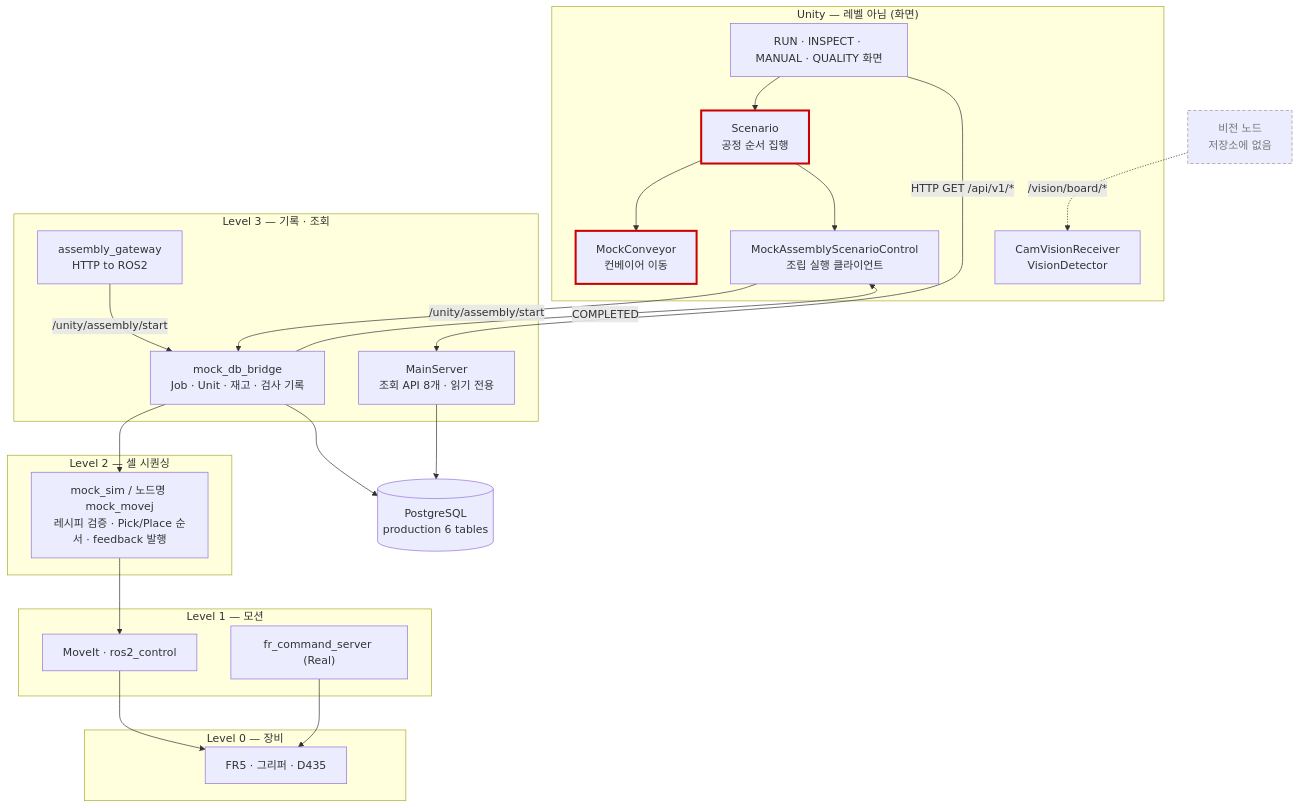
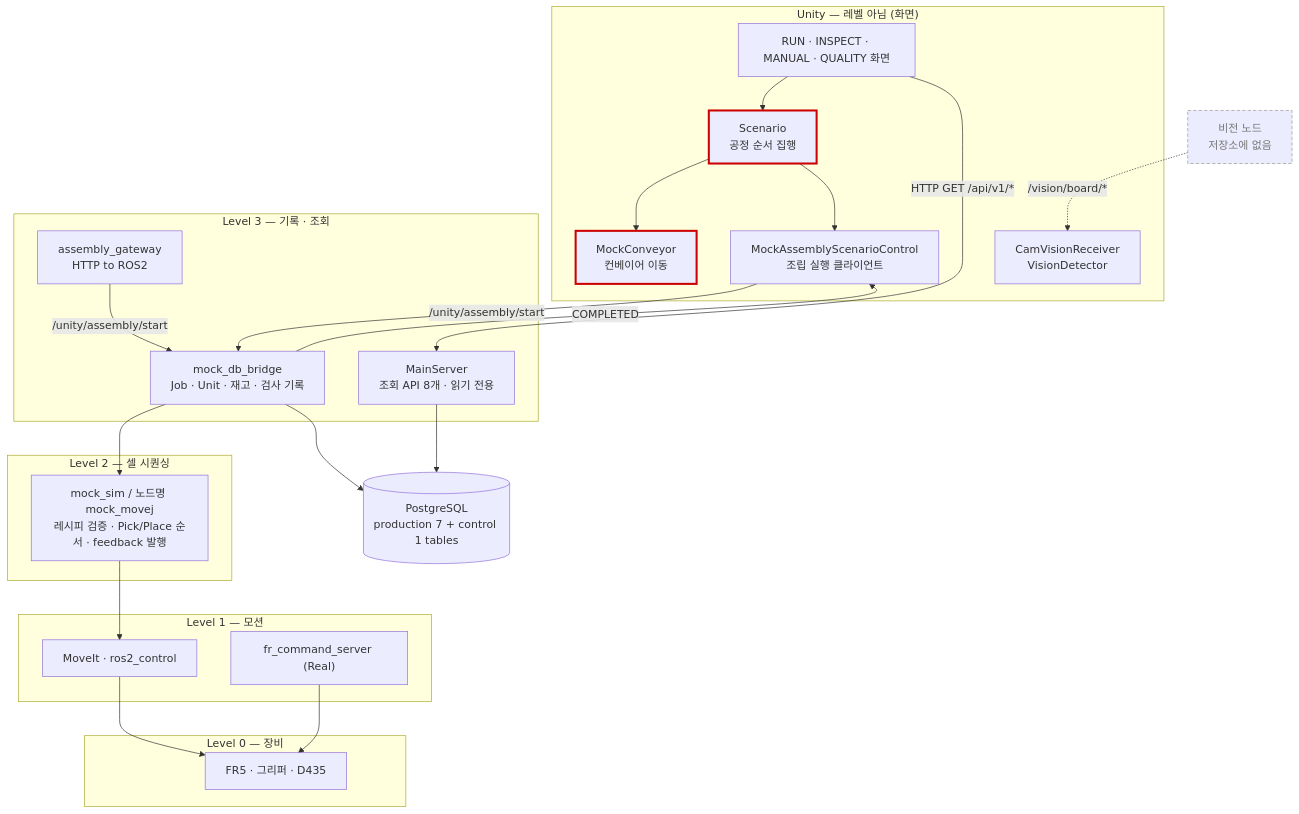
One commit to eduwing-robotics/ros2-ai-cobot-repo1 changed the first of 3 diagrams in UnityDT/Docs/ISA95-Current.md. Above: the diagram before and after it, drawn with Mermaid. The commit also changed 21 other files, not shown here.

````diff
--- a/UnityDT/Docs/ISA95-Current.md
+++ b/UnityDT/Docs/ISA95-Current.md
@@ -36,52 +36,52 @@
 ```mermaid
 flowchart TB
     subgraph UNITY["Unity — 레벨 아님 (화면)"]
         UI["RUN · INSPECT · MANUAL · QUALITY 화면"]
         SCEN["Scenario<br/>공정 순서 집행"]
         CONV["MockConveyor<br/>컨베이어 이동"]
         MAP["MockAssemblyScenarioControl<br/>조립 실행 클라이언트"]
         VIS["CamVisionReceiver<br/>VisionDetector"]
     end
 
     subgraph L3["Level 3 — 기록 · 조회"]
         MS["MainServer<br/>조회 API 8개 · 읽기 전용"]
         GW["assembly_gateway<br/>HTTP to ROS2"]
         BR["mock_db_bridge<br/>Job · Unit · 재고 · 검사 기록"]
     end
 
     subgraph L2["Level 2 — 셀 시퀀싱"]
         SIM["mock_sim / 노드명 mock_movej<br/>레시피 검증 · Pick/Place 순서 · feedback 발행"]
     end
 
     subgraph L1["Level 1 — 모션"]
         MI["MoveIt · ros2_control"]
         FRS["fr_command_server (Real)"]
     end
 
     subgraph L0["Level 0 — 장비"]
         HW["FR5 · 그리퍼 · D435"]
     end
 
     VNODE["비전 노드<br/>저장소에 없음"]
-    DB[("PostgreSQL<br/>production 6 tables")]
+    DB[("PostgreSQL<br/>production 7 + control 1 tables")]
 
     UI --> SCEN
     SCEN --> CONV
     SCEN --> MAP
     UI -->|"HTTP GET /api/v1/*"| MS
     MAP -->|"/unity/assembly/start"| BR
     BR -->|"COMPLETED"| MAP
     GW -->|"/unity/assembly/start"| BR
     BR --> SIM
     SIM --> MI
     MI --> HW
     FRS --> HW
     VNODE -. "/vision/board/*" .-> VIS
     MS --> DB
     BR --> DB
 
     classDef bad stroke:#c00,stroke-width:3px
     classDef none stroke:#999,stroke-dasharray:5 3,color:#777
     class SCEN,CONV bad
     class VNODE none
 ```
````
